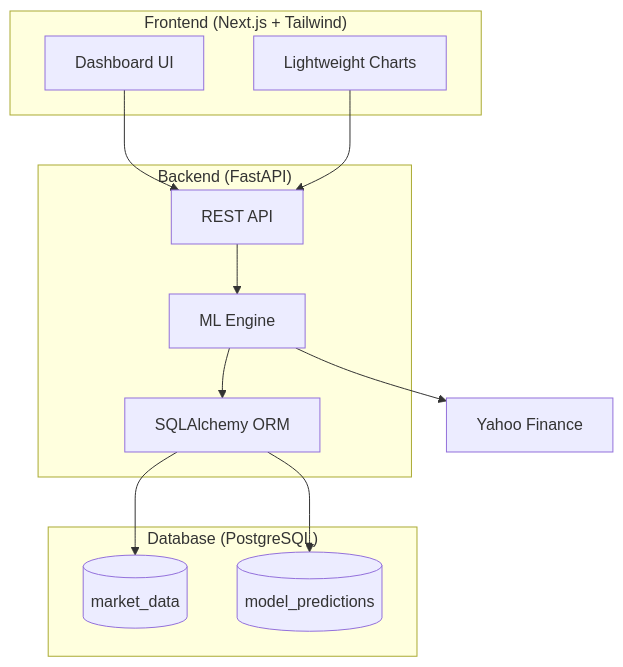
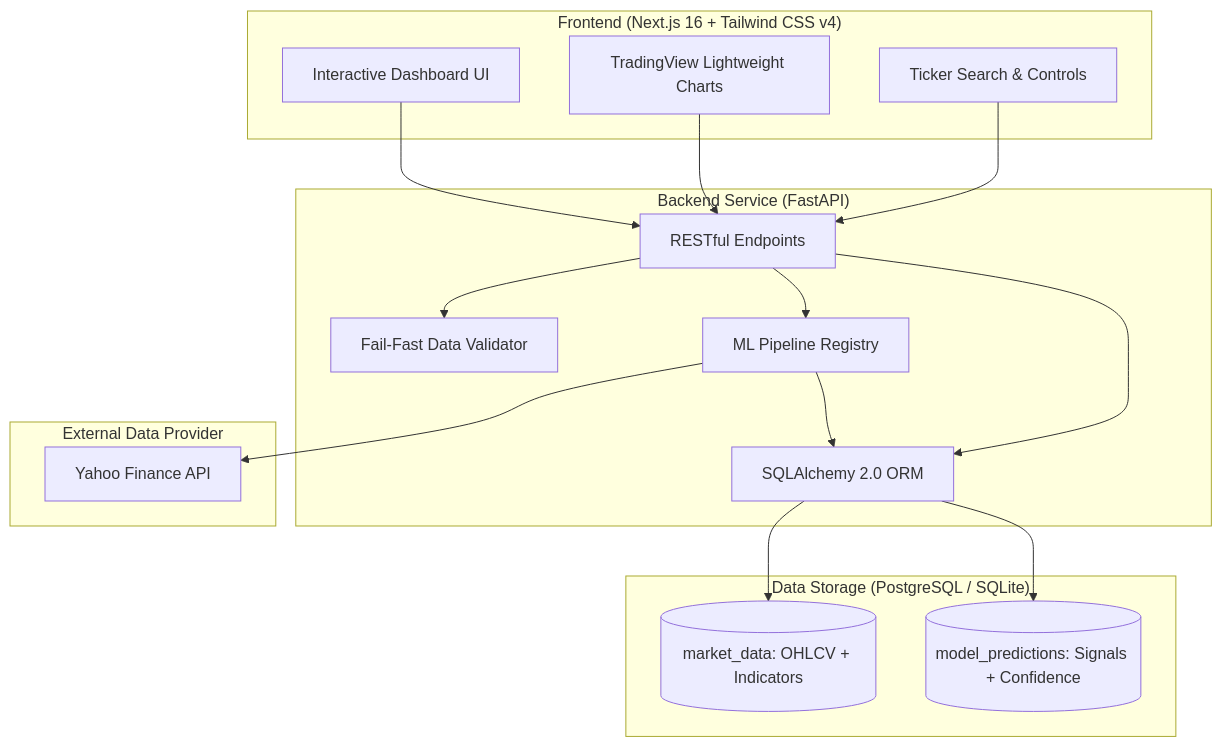
One commit to Ayan13sp/Algorithmic_Market_Analyzer changed the diagram in README.md. Above: the diagram before and after it, drawn with Mermaid. The commit also changed other lines of this file, not shown here.

````diff
--- a/README.md
+++ b/README.md
@@ -22,28 +30,35 @@
 ```mermaid
 graph TB
-    subgraph Frontend ["Frontend (Next.js + Tailwind)"]
-        UI[Dashboard UI]
-        TC[Lightweight Charts]
+    subgraph Client ["Frontend (Next.js 16 + Tailwind CSS v4)"]
+        UI[Interactive Dashboard UI]
+        TC[TradingView Lightweight Charts]
+        TS[Ticker Search & Controls]
     end
 
-    subgraph Backend ["Backend (FastAPI)"]
-        API[REST API]
-        ML[ML Engine]
-        SA[SQLAlchemy ORM]
+    subgraph Service ["Backend Service (FastAPI)"]
+        API[RESTful Endpoints]
+        VAL[Fail-Fast Data Validator]
+        ML[ML Pipeline Registry]
+        SA[SQLAlchemy 2.0 ORM]
     end
 
-    subgraph Database ["Database (PostgreSQL)"]
-        MD[(market_data)]
-        MP[(model_predictions)]
+    subgraph DataLayer ["Data Storage (PostgreSQL / SQLite)"]
+        MD[(market_data: OHLCV + Indicators)]
+        MP[(model_predictions: Signals + Confidence)]
     end
 
-    YF[Yahoo Finance]
+    subgraph External ["External Data Provider"]
+        YF[Yahoo Finance API]
+    end
 
     UI --> API
     TC --> API
+    TS --> API
+    API --> VAL
     API --> ML
+    API --> SA
     ML --> YF
     ML --> SA
     SA --> MD
     SA --> MP
 ```
````
